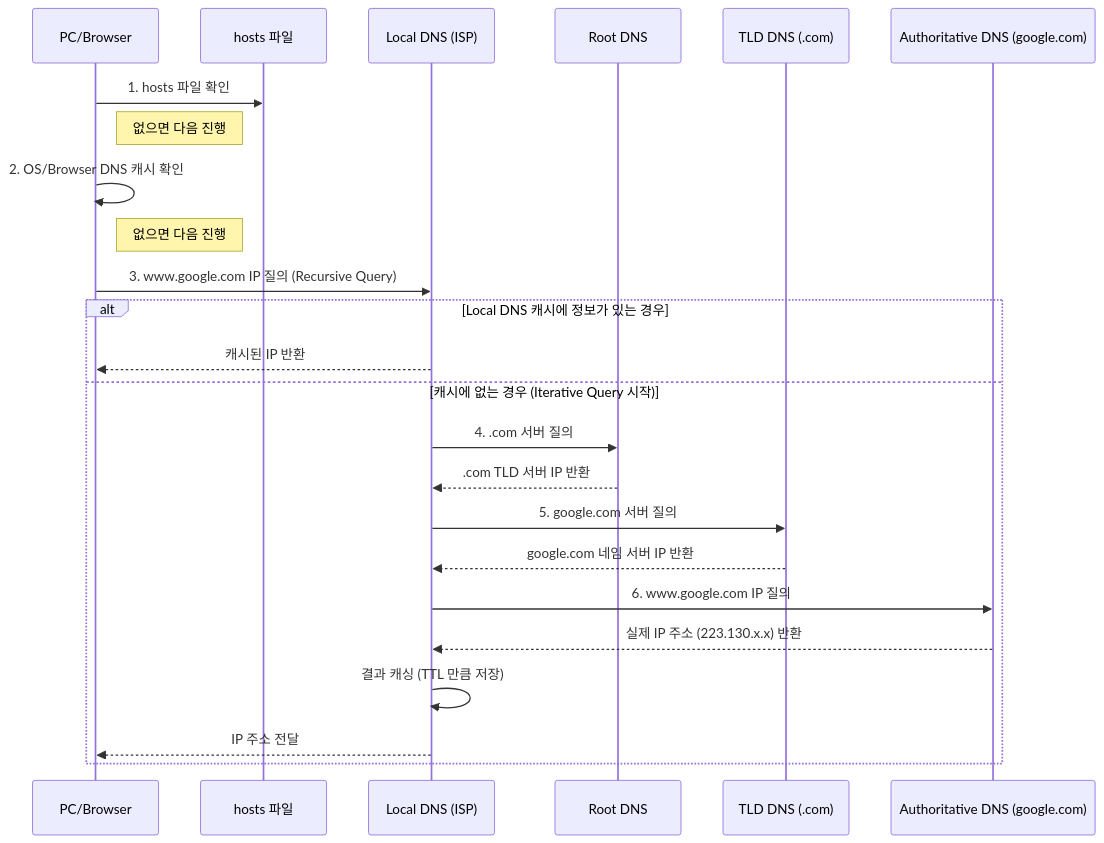
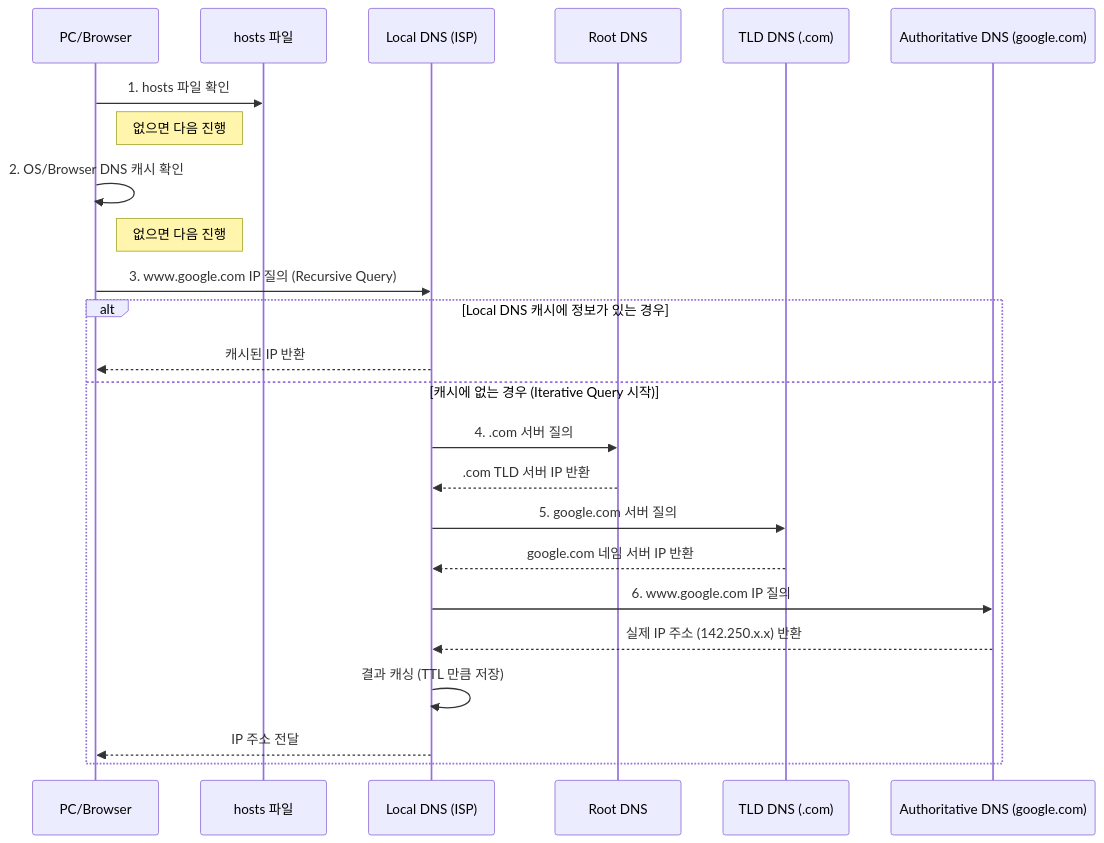
Before and after one commit to hyoguoo/hyoguoo.github.io: the diagram in src/content/docs/docs/network/dns.md, drawn with Mermaid. The commit also changed 32 other files, not shown here.

````diff
--- a/src/content/docs/docs/network/dns.md
+++ b/src/content/docs/docs/network/dns.md
@@ -58,27 +58,27 @@
 ```mermaid
 sequenceDiagram
     participant Client as PC/Browser
     participant Hosts as hosts 파일
     participant LocalDNS as Local DNS (ISP)
     participant Root as Root DNS
     participant TLD as TLD DNS (.com)
     participant Auth as Authoritative DNS (google.com)
     Client ->> Hosts: 1. hosts 파일 확인
     Note right of Client: 없으면 다음 진행
     Client ->> Client: 2. OS/Browser DNS 캐시 확인
     Note right of Client: 없으면 다음 진행
     Client ->> LocalDNS: 3. www.google.com IP 질의 (Recursive Query)
 
     alt Local DNS 캐시에 정보가 있는 경우
         LocalDNS -->> Client: 캐시된 IP 반환
     else 캐시에 없는 경우 (Iterative Query 시작)
         LocalDNS ->> Root: 4. .com 서버 질의
         Root -->> LocalDNS: .com TLD 서버 IP 반환
         LocalDNS ->> TLD: 5. google.com 서버 질의
         TLD -->> LocalDNS: google.com 네임 서버 IP 반환
         LocalDNS ->> Auth: 6. www.google.com IP 질의
-        Auth -->> LocalDNS: 실제 IP 주소 (223.130.x.x) 반환
+        Auth -->> LocalDNS: 실제 IP 주소 (142.250.x.x) 반환
         LocalDNS ->> LocalDNS: 결과 캐싱 (TTL 만큼 저장)
         LocalDNS -->> Client: IP 주소 전달
     end
 ```
````
